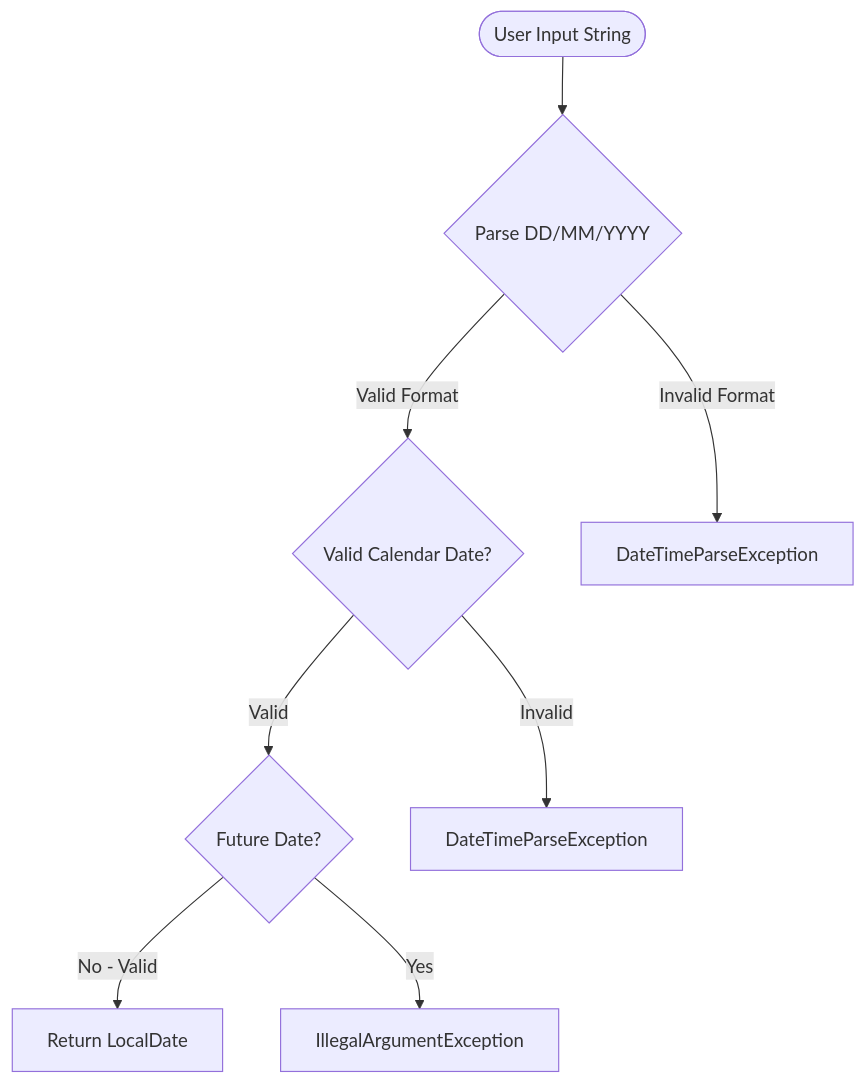
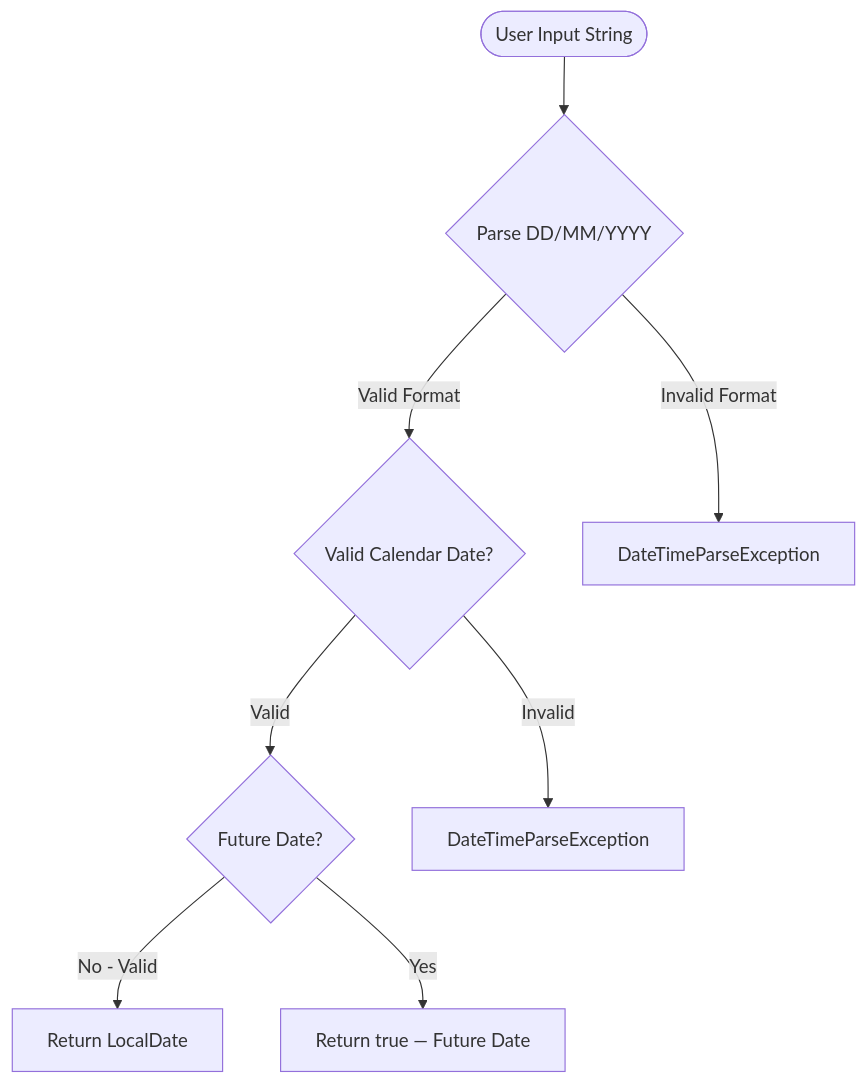
The first of 2 diagrams in docs/api-reference/date-validator.md (shaliniblitzy/13feb_1), drawn with Mermaid before and after one commit. The commit also changed 3 other files, not shown here.

````diff
--- a/docs/api-reference/date-validator.md
+++ b/docs/api-reference/date-validator.md
@@ -63,10 +63,10 @@
 ```mermaid
 flowchart TD
     Start([User Input String]) --> Parse{Parse DD/MM/YYYY}
     Parse -->|Valid Format| CheckDate{Valid Calendar Date?}
     Parse -->|Invalid Format| ErrFormat[DateTimeParseException]
     CheckDate -->|Valid| CheckFuture{Future Date?}
     CheckDate -->|Invalid| ErrDate[DateTimeParseException]
     CheckFuture -->|No - Valid| Return[Return LocalDate]
-    CheckFuture -->|Yes| ErrFuture[IllegalArgumentException]
+    CheckFuture -->|Yes| ErrFuture[Return true — Future Date]
 ```
````
